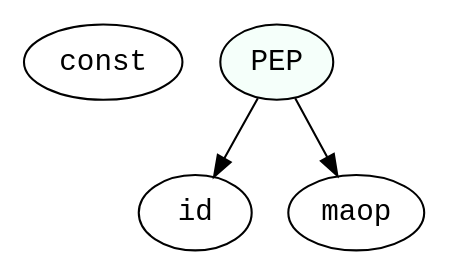
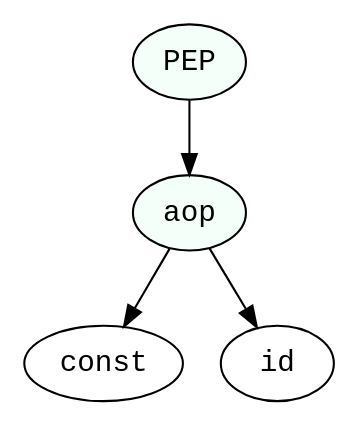
Before and after one commit to bajabrainblast/Judas-Quan-Jack: the diagram in ast.dot, drawn with Graphviz. The commit also changed 4 other files, not shown here.

```diff
--- a/ast.dot
+++ b/ast.dot
@@ -1,8 +1,9 @@
 digraph print {
  1 [label="const", fontname="monospace"];
  2 [label="id", fontname="monospace"];
- 3 [label="maop", fontname="monospace"];
+ 3 [label="aop", fontname="monospace", style=filled, fillcolor=mintcream];
+ 3->2
+ 3->1
  4 [label="PEP", fontname="monospace", style=filled, fillcolor=mintcream];
  4->3
- 4->2
  }
```
